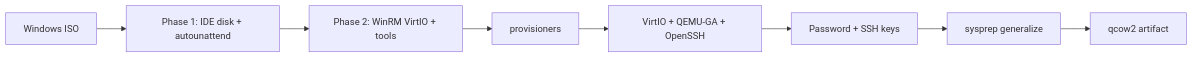
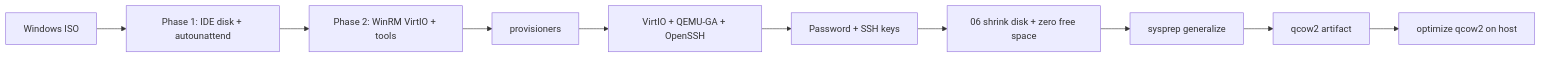
The diagram in README.md (validatedpatterns-demos/windows-golden-image-packer), drawn with Mermaid before and after one commit. The commit also changed other lines of this file and 14 other files, not shown here.

````diff
--- a/README.md
+++ b/README.md
@@ -110,10 +152,12 @@
 ```mermaid
 flowchart LR
   A[Windows ISO] --> B[Phase 1: IDE disk + autounattend]
   B --> C[Phase 2: WinRM VirtIO + tools]
   C --> D[provisioners]
   D --> E[VirtIO + QEMU-GA + OpenSSH]
   E --> F[Password + SSH keys]
-  F --> G[sysprep generalize]
+  F --> S[06 shrink disk + zero free space]
+  S --> G[sysprep generalize]
   G --> H[qcow2 artifact]
+  H --> O[optimize qcow2 on host]
 ```
````
